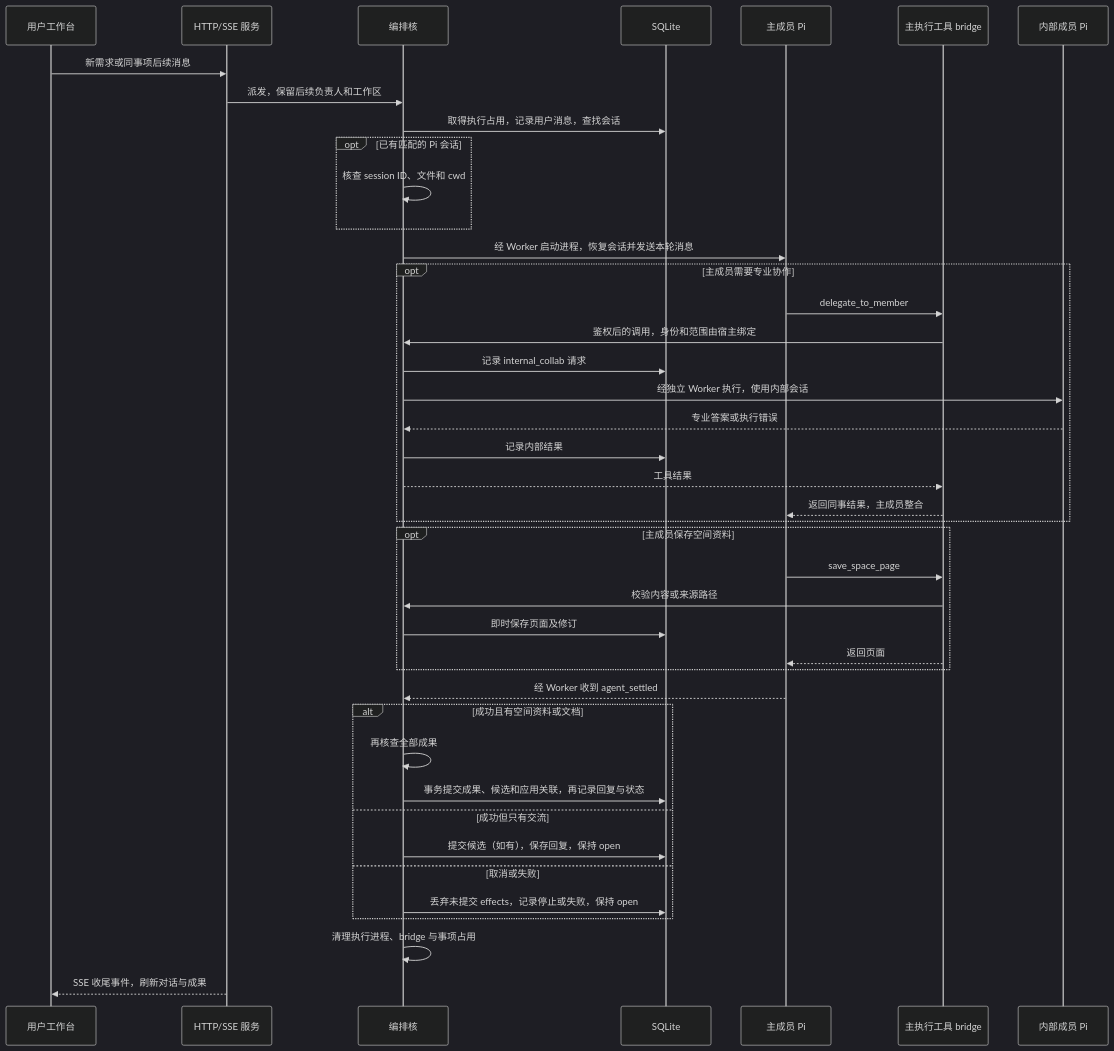
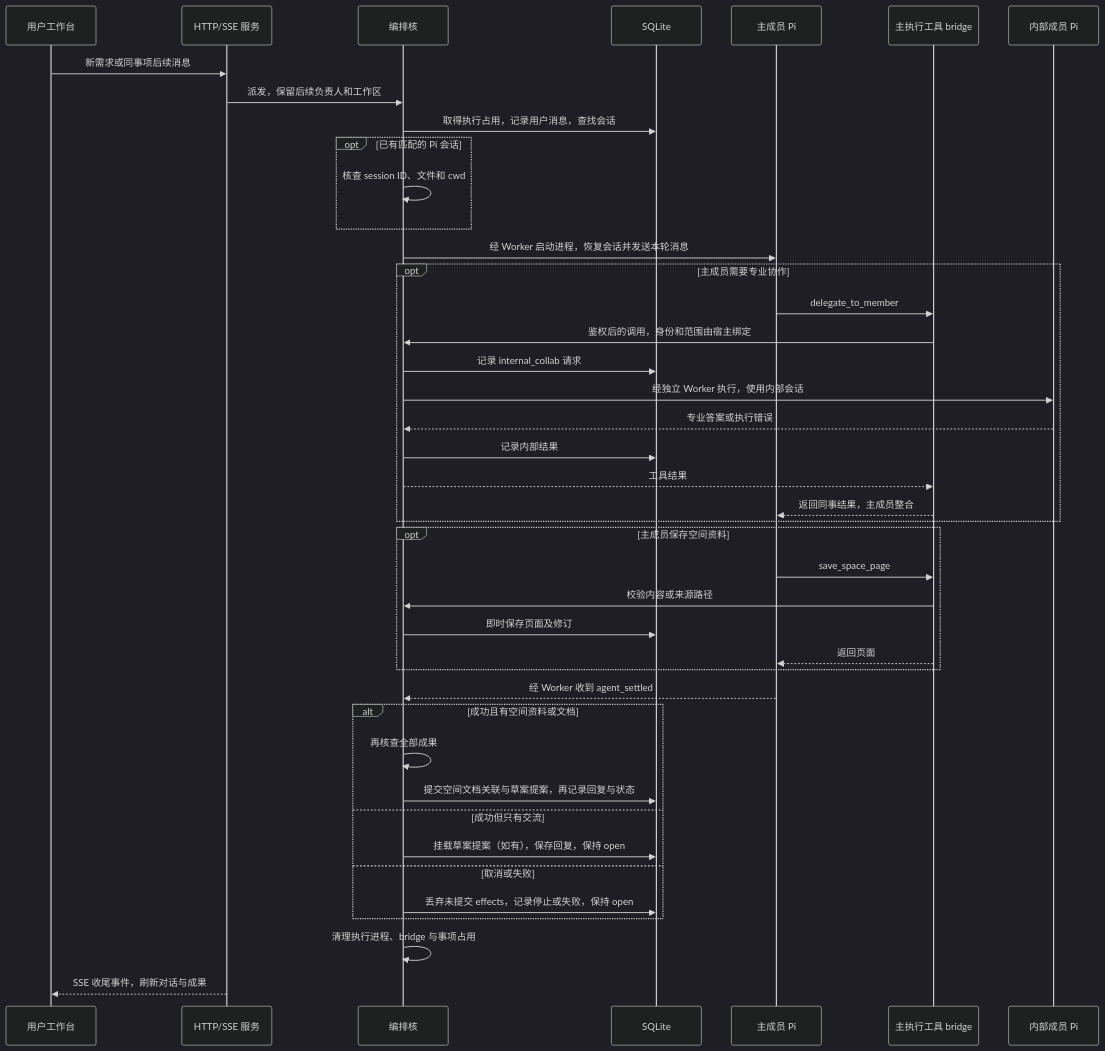
Before and after one commit to civaapple-alt/personal-agent: the second of 2 diagrams in docs/concepts/architecture-and-plan.md, drawn with Mermaid (dark theme). The commit also changed other lines of this file and 6 other files, not shown here.

````diff
--- a/docs/concepts/architecture-and-plan.md
+++ b/docs/concepts/architecture-and-plan.md
@@ -260,45 +249,45 @@
 ```mermaid
 sequenceDiagram
     participant U as 用户工作台
     participant A as HTTP/SSE 服务
     participant O as 编排核
     participant S as SQLite
     participant M as 主成员 Pi
     participant B as 主执行工具 bridge
     participant C as 内部成员 Pi
 
     U->>A: 新需求或同事项后续消息
     A->>O: 派发，保留后续负责人和工作区
     O->>S: 取得执行占用，记录用户消息，查找会话
     opt 已有匹配的 Pi 会话
         O->>O: 核查 session ID、文件和 cwd
     end
     O->>M: 经 Worker 启动进程，恢复会话并发送本轮消息
     opt 主成员需要专业协作
         M->>B: delegate_to_member
         B->>O: 鉴权后的调用，身份和范围由宿主绑定
         O->>S: 记录 internal_collab 请求
         O->>C: 经独立 Worker 执行，使用内部会话
         C-->>O: 专业答案或执行错误
         O->>S: 记录内部结果
         O-->>B: 工具结果
         B-->>M: 返回同事结果，主成员整合
     end
     opt 主成员保存空间资料
         M->>B: save_space_page
         B->>O: 校验内容或来源路径
         O->>S: 即时保存页面及修订
         B-->>M: 返回页面
     end
     M-->>O: 经 Worker 收到 agent_settled
     alt 成功且有空间资料或文档
         O->>O: 再核查全部成果
-        O->>S: 事务提交成果、候选和应用关联，再记录回复与状态
+        O->>S: 提交空间文档关联与草案提案，再记录回复与状态
     else 成功但只有交流
-        O->>S: 提交候选（如有），保存回复，保持 open
+        O->>S: 挂载草案提案（如有），保存回复，保持 open
     else 取消或失败
         O->>S: 丢弃未提交 effects，记录停止或失败，保持 open
     end
     O->>O: 清理执行进程、bridge 与事项占用
     A-->>U: SSE 收尾事件，刷新对话与成果
 ```
````
